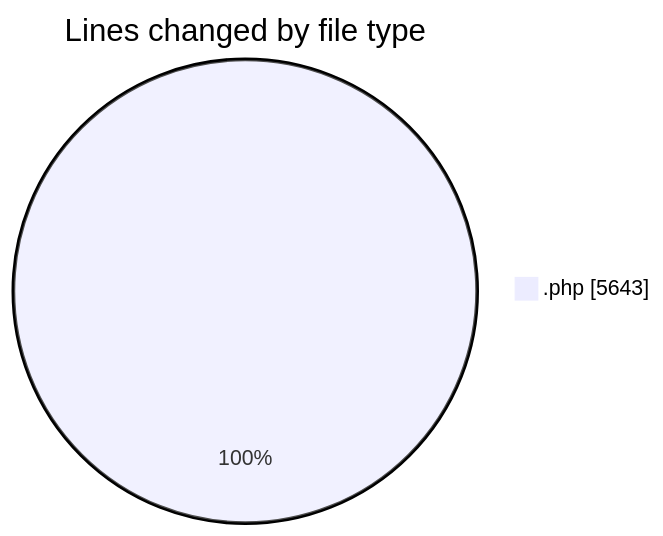
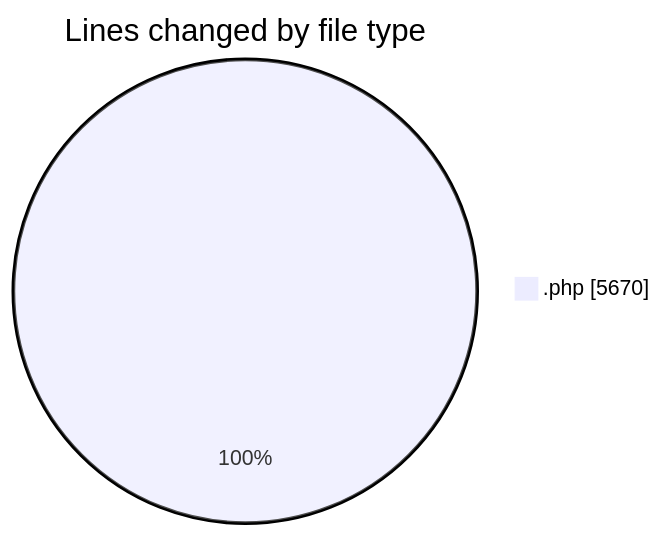
One commit to debugP/code-tracking changed the first of 2 diagrams in 2025-10-03/untitled__workspace_/README.md. Above: the diagram before and after it, drawn with Mermaid. The commit also changed other lines of this file and 1 other file, not shown here.

````diff
--- a/2025-10-03/untitled__workspace_/README.md
+++ b/2025-10-03/untitled__workspace_/README.md
@@ -23,5 +23,5 @@
 ```mermaid
 pie showData
 title Lines changed by file type
-".php" : 5643
+".php" : 5670
 ```
````
